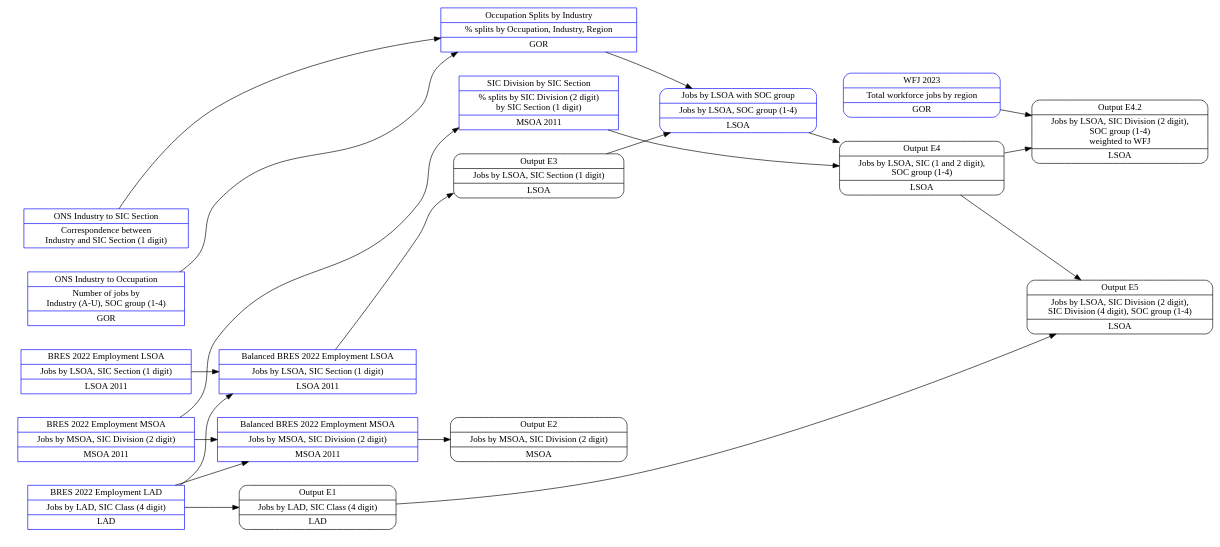
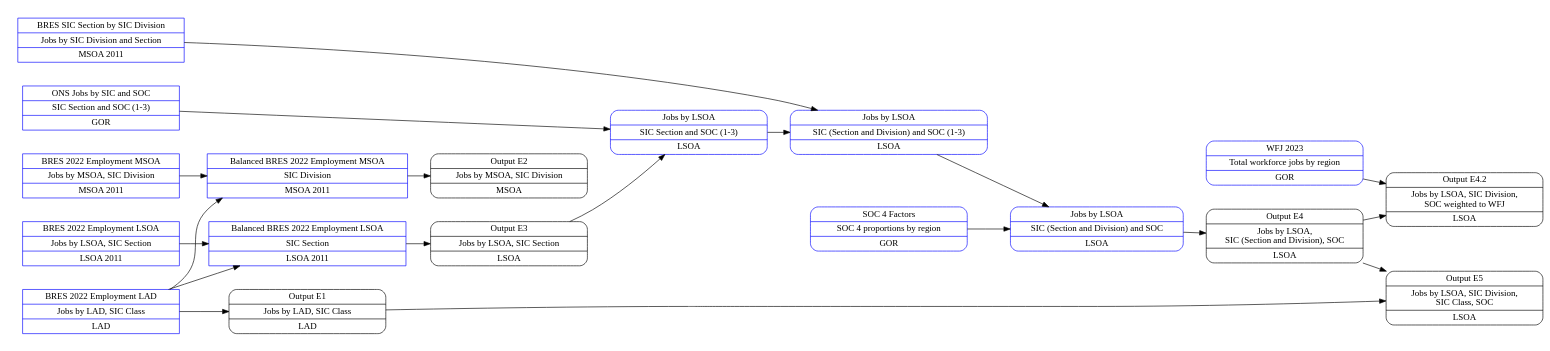
The second of 2 diagrams in docs/base_model_structure.rst (asongtoruin/Land-Use), drawn with Graphviz before and after one commit. The commit also changed other lines of this file and 2 other files, not shown here.

Commit message:
Employment documentation draft

```diff
--- a/docs/base_model_structure.rst
+++ b/docs/base_model_structure.rst
@@ -135,81 +142,76 @@
 .. graphviz::
 
     digraph G {
         rankdir="LR"
         nodesep=0.5
         node [shape=record, color=blue width=3.4]
             subgraph cluster_inputs{
                 peripheries=0
                 rank="same"
-                table_2 [label="BRES 2022 Employment MSOA|Jobs by MSOA, SIC Division (2 digit)|MSOA 2011"];
-                table_1 [label="BRES 2022 Employment LAD|Jobs by LAD, SIC Class (4 digit)|LAD"];
-                table_3 [label="BRES 2022 Employment LSOA|Jobs by LSOA, SIC Section (1 digit)|LSOA 2011"];
+                table_1 [label="BRES 2022 Employment LAD|Jobs by LAD, SIC Class|LAD"];
+                table_2 [label="BRES 2022 Employment MSOA|Jobs by MSOA, SIC Division|MSOA 2011"];
+                table_2a [label="BRES 2022 Employment MSOA SIC splits|SIC Section and SIC Division splits|MSOA 2011"];
+                table_3 [label="BRES 2022 Employment LSOA|Jobs by LSOA, SIC Section|LSOA 2011"];
             }
         
         node [shape=record, color=blue width=3.4]
             subgraph cluster_inputs{
                 peripheries=0
                 rank="same"
-                table_2a [label="Balanced BRES 2022 Employment MSOA|Jobs by MSOA, SIC Division (2 digit)|MSOA 2011"];
-                table_3a [label="Balanced BRES 2022 Employment LSOA|Jobs by LSOA, SIC Section (1 digit)|LSOA 2011"];
-            }
-        
-        node [shape=record, color=blue width=3.4]
-            subgraph cluster_inputs{
-                rank="same"
-                peripheries=0
-                table_4 [label="ONS Industry to Occupation|Number of jobs by\nIndustry (A-U), SOC group (1-4)|GOR"];
-                table_5 [label="ONS Industry to SIC Section|Correspondence between\nIndustry and SIC Section (1 digit)"];
+                table_2a [label="Balanced BRES 2022 Employment MSOA|SIC Division|MSOA 2011"];
+                table_3a [label="Balanced BRES 2022 Employment LSOA|SIC Section|LSOA 2011"];
             }
             
         node [shape=record, color=blue width=3.4]
             subgraph cluster_inputs{
                 peripheries=0
                 rank="same"
 
-                table_6 [label="Occupation Splits by Industry|% splits by Occupation, Industry, Region|GOR"];
-                table_8 [label="SIC Division by SIC Section|% splits by SIC Division (2 digit)\nby SIC Section (1 digit)|MSOA 2011"];
+                table_6 [label="ONS Jobs by SIC and SOC|SIC Section and SOC (1-3)|GOR"];
+                table_8 [label="BRES SIC Section by SIC Division|Jobs by SIC Division and Section|MSOA 2011"];
             
             }
         
         node [style=rounded, color=black]
                 subgraph cluster_inputs{
                 peripheries=0
                 rank="same"
-                output_e1 [label="Output E1|Jobs by LAD, SIC Class (4 digit)|LAD"];
-                output_e2 [label="Output E2|Jobs by MSOA, SIC Division (2 digit)|MSOA"];
-                output_e3 [label="Output E3|Jobs by LSOA, SIC Section (1 digit)|LSOA"];
+                output_e1 [label="Output E1|Jobs by LAD, SIC Class|LAD"];
+                output_e2 [label="Output E2|Jobs by MSOA, SIC Division|MSOA"];
+                output_e3 [label="Output E3|Jobs by LSOA, SIC Section|LSOA"];
             }
                 
         node [shape=record, color=blue width=3.4]
-            table_7 [label="Jobs by LSOA with SOC group|Jobs by LSOA, SOC group (1-4)|LSOA"];
+            table_7 [label="Jobs by LSOA|SIC Section and SOC (1-3)|LSOA"];
+            table_7a [label="Jobs by LSOA|SIC (Section and Division) and SOC (1-3)|LSOA"];
+            table_11 [label="Jobs by LSOA|SIC (Section and Division) and SOC|LSOA"];
+            table_10 [label="SOC 4 Factors|SOC 4 proportions by region|GOR"];
         
         node [shape=record, color=blue width=3.4]
-            wfj_2023 [label="WFJ 2023|Total workforce jobs by region|GOR"];
+            table_4 [label="WFJ 2023|Total workforce jobs by region|GOR"];
             
         node [style=rounded, color=black]
-            output_e4 [label="Output E4|Jobs by LSOA, SIC (1 and 2 digit),\nSOC group (1-4)|LSOA"];
-            output_e4_2 [label="Output E4.2|Jobs by LSOA, SIC Division (2 digit),\nSOC group (1-4)\nweighted to WFJ|LSOA"];
-            output_e5 [label="Output E5|Jobs by LSOA, SIC Division (2 digit),\nSIC Division (4 digit), SOC group (1-4)|LSOA"];
+            output_e4 [label="Output E4|Jobs by LSOA, \nSIC (Section and Division), SOC|LSOA"];
+            output_e4_2 [label="Output E4.2|Jobs by LSOA, SIC Division,\nSOC weighted to WFJ|LSOA"];
+            output_e5 [label="Output E5|Jobs by LSOA, SIC Division,\nSIC Class, SOC|LSOA"];
         
-        {rank="same" output_e3 table_6 table_8}    
 
         table_1 -> output_e1;
         output_e1 -> output_e5
         table_1 -> table_2a;
         table_1 -> table_3a;
         table_2 -> table_2a;
         table_2a -> output_e2;
         table_3 -> table_3a;
         table_3a -> output_e3;
-        table_4 -> table_6;
-        table_5 -> table_6;
         output_e3 -> table_7;
         table_6 -> table_7;
-        table_8 -> output_e4
-        table_7 -> output_e4
-        table_2 -> table_8
-        wfj_2023 -> output_e4_2
+        table_8 -> table_7a
+        table_11 -> output_e4
+        table_7 -> table_7a
+        table_7a -> table_11
+        table_10 -> table_11
+        table_4 -> output_e4_2
         output_e4 -> output_e4_2
         output_e4 -> output_e5
     }
```
